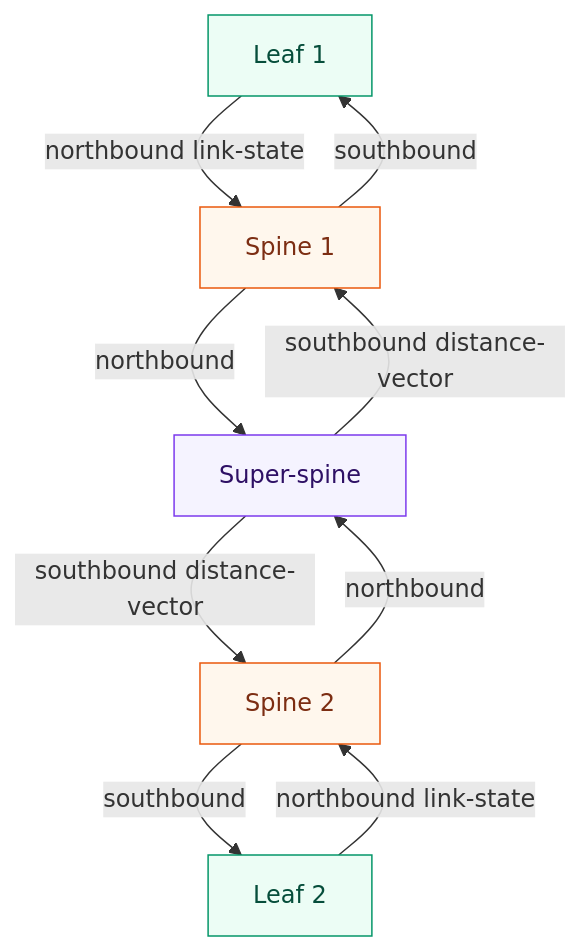
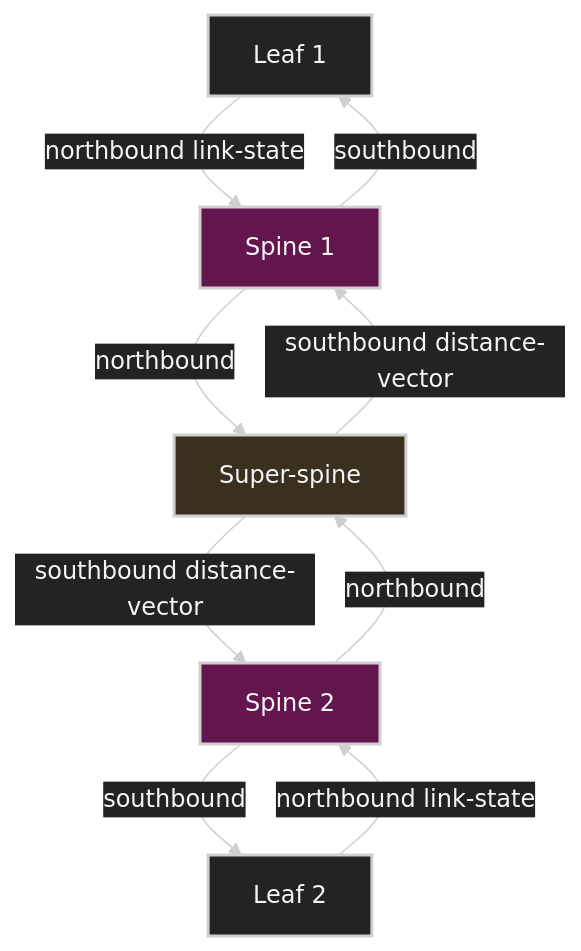
One commit to ziwon/ai-data-center-network changed the third of 11 diagrams in ai-data-center-network/chap08/README.md. Above: the diagram before and after it, drawn with Mermaid. The commit also changed other lines of this file and 35 other files, not shown here.

Commit message:
docs(mermaid): apply dark diagram style

````diff
--- a/ai-data-center-network/chap08/README.md
+++ b/ai-data-center-network/chap08/README.md
@@ -373,21 +375,22 @@
 ```mermaid
+%%{init: {"theme": "base", "themeVariables": {"background": "#171717", "primaryColor": "#232323", "primaryTextColor": "#f5f5f5", "primaryBorderColor": "#d0d0d0", "lineColor": "#cfcfcf", "fontFamily": "Inter, Arial, sans-serif"}}}%%
 flowchart TB
-    classDef leaf fill:#ecfdf5,stroke:#059669,color:#064e3b
-    classDef spine fill:#fff7ed,stroke:#ea580c,color:#7c2d12
-    classDef super fill:#f5f3ff,stroke:#7c3aed,color:#2e1065
+    classDef leaf fill:#232323,stroke:#d0d0d0,color:#f5f5f5,stroke-width:2px;
+    classDef spine fill:#62164d,stroke:#d0d0d0,color:#f5f5f5,stroke-width:2px;
+    classDef super fill:#3b2f20,stroke:#d0d0d0,color:#f5f5f5,stroke-width:2px;
 
     L1[Leaf 1]:::leaf
     L2[Leaf 2]:::leaf
     S1[Spine 1]:::spine
     S2[Spine 2]:::spine
     SS[Super-spine]:::super
 
     L1 -->|northbound link-state| S1
     L2 -->|northbound link-state| S2
     S1 -->|northbound| SS
     S2 -->|northbound| SS
     SS -->|southbound distance-vector| S1
     SS -->|southbound distance-vector| S2
     S1 -->|southbound| L1
     S2 -->|southbound| L2
 ```
````
